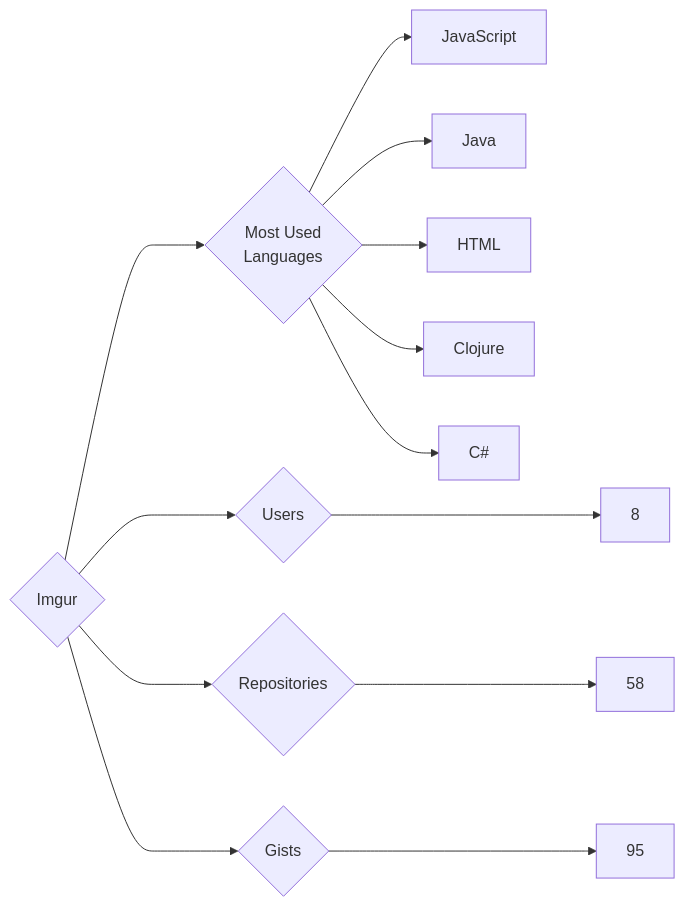
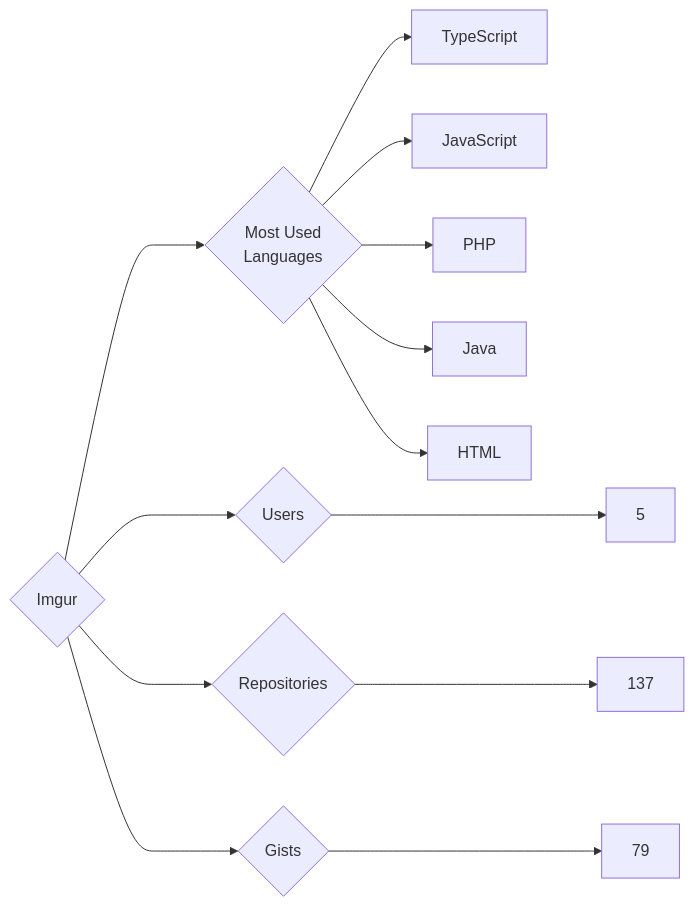
Before and after one commit to trickest/insiders: the diagram in targets/Imgur/README.md, drawn with Mermaid. The commit also changed 1003 other files, not shown here.

````diff
--- a/targets/Imgur/README.md
+++ b/targets/Imgur/README.md
@@ -3,13 +3,13 @@
 ```mermaid
 graph LR
 COMPANY_NAME{Imgur}
-COMPANY_NAME ---> U{Users} ---> UN[8]
-COMPANY_NAME ---> R{Repositories} ---> RN[58]
-COMPANY_NAME ---> G{Gists} ---> GN[95]
+COMPANY_NAME ---> U{Users} ---> UN[5]
+COMPANY_NAME ---> R{Repositories} ---> RN[137]
+COMPANY_NAME ---> G{Gists} ---> GN[79]
 COMPANY_NAME ---> ML{Most Used<br>Languages}
+ML --> TypeScript[TypeScript]
 ML --> JavaScript[JavaScript]
+ML --> PHP[PHP]
 ML --> Java[Java]
 ML --> HTML[HTML]
-ML --> Clojure[Clojure]
-ML --> C#[C#]
 ```
````
